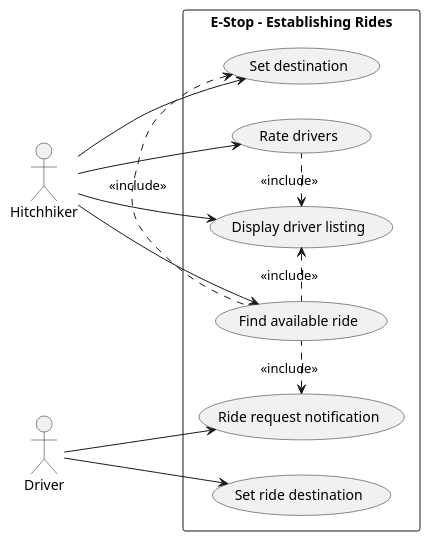
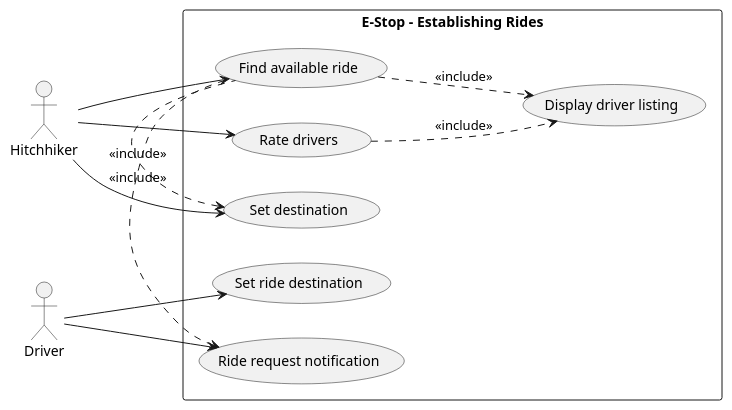
The diagram in documentation/uml/uml-usecase-diagram-establishing-rides.plantuml (Kruchji/NSWI041), drawn with PlantUML before and after one commit. The commit also changed 1 other file, not shown here.

Commit message:
Update usecase diagram with changes

```diff
--- a/documentation/uml/uml-usecase-diagram-establishing-rides.plantuml
+++ b/documentation/uml/uml-usecase-diagram-establishing-rides.plantuml
@@ -1,23 +1,22 @@
 @startuml
 left to right direction
 actor "Hitchhiker" as AC_H
 actor "Driver" as AC_D
 rectangle "E-Stop - Establishing Rides" {
     usecase "Display driver listing" as UC_DDL
     usecase "Find available ride" as UC_FAR
     usecase "Set destination" as UC_SD
     usecase "Set ride destination" as UC_SRD
     usecase "Ride request notification" as UC_RRN
     usecase "Rate drivers" as UC_RD
 }
-UC_FAR .l.> UC_DDL : <<include>>
+UC_FAR ..> UC_DDL : <<include>>
 UC_FAR .l.> UC_SD : <<include>>
 UC_FAR .l.> UC_RRN : <<include>>
-UC_RD .l.> UC_DDL : <<include>>
-AC_H --> UC_DDL
+UC_RD ..> UC_DDL : <<include>>
 AC_H --> UC_FAR
 AC_H --> UC_SD
 AC_D --> UC_SRD
 AC_D --> UC_RRN
 AC_H --> UC_RD
 @enduml
```
